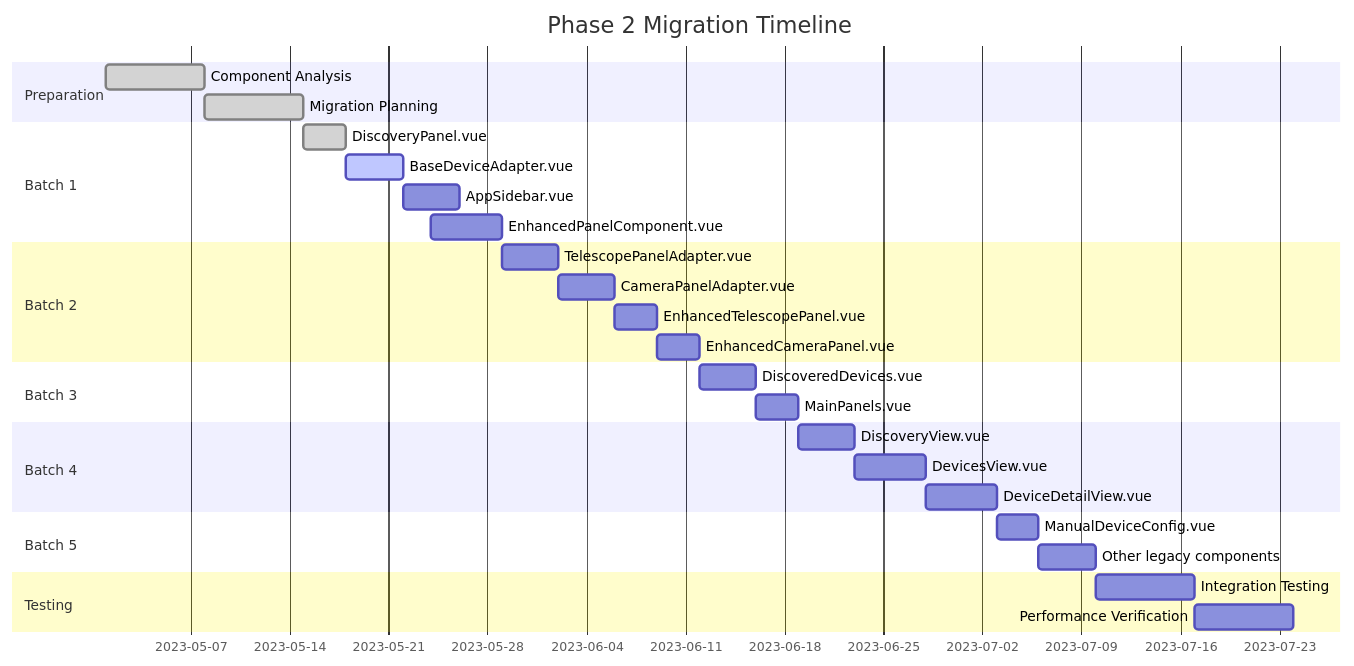
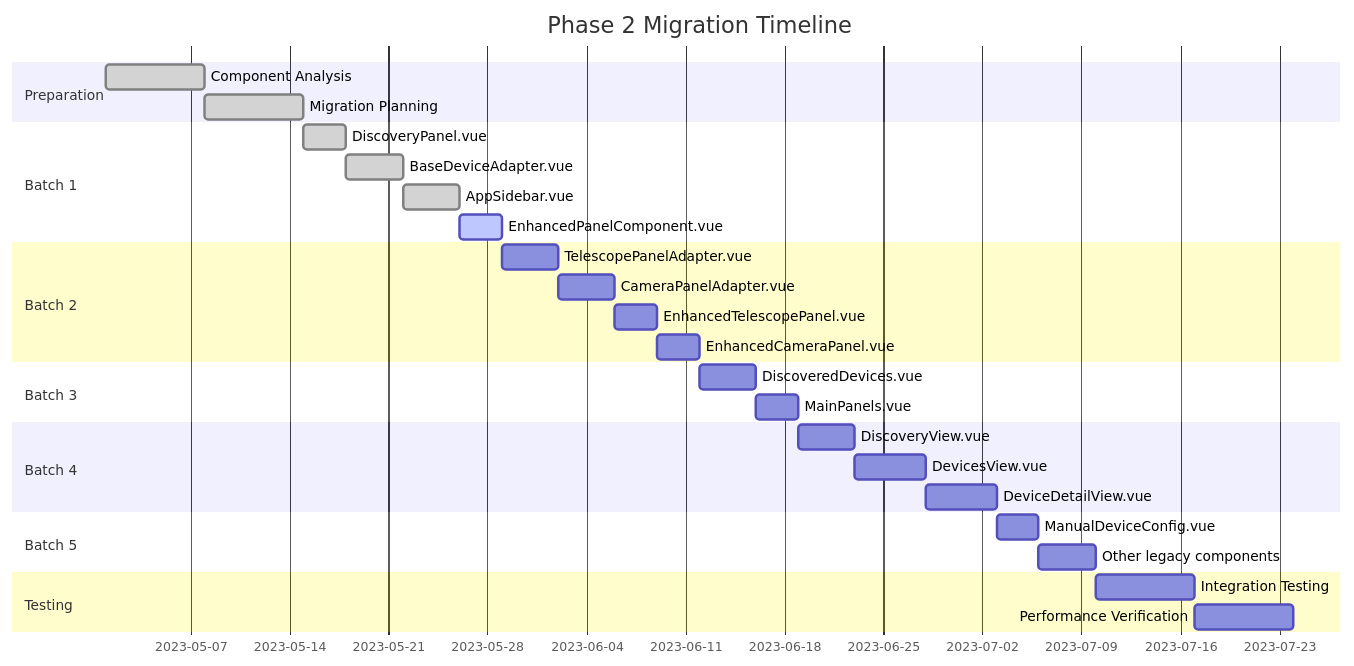
The diagram in phase2-migration-dashboard.md (ceterumnet/alpaca-web), drawn with Mermaid before and after one commit. The commit also changed other lines of this file and 5 other files, not shown here.

````diff
--- a/phase2-migration-dashboard.md
+++ b/phase2-migration-dashboard.md
@@ -61,31 +61,31 @@
 ```mermaid
 gantt
     title Phase 2 Migration Timeline
     dateFormat  YYYY-MM-DD
     section Preparation
     Component Analysis          :done, prep1, 2023-05-01, 7d
     Migration Planning          :done, prep2, 2023-05-08, 7d
     section Batch 1
     DiscoveryPanel.vue          :done, b1t1, 2023-05-15, 3d
-    BaseDeviceAdapter.vue       :active, b1t2, 2023-05-18, 4d
-    AppSidebar.vue              :b1t3, after b1t2, 4d
-    EnhancedPanelComponent.vue  :b1t4, 2023-05-24, 5d
+    BaseDeviceAdapter.vue       :done, b1t2, 2023-05-18, 4d
+    AppSidebar.vue              :done, b1t3, 2023-05-22, 4d
+    EnhancedPanelComponent.vue  :active, b1t4, 2023-05-26, 3d
     section Batch 2
     TelescopePanelAdapter.vue   :b2t1, 2023-05-29, 4d
     CameraPanelAdapter.vue      :b2t2, 2023-06-02, 4d
     EnhancedTelescopePanel.vue  :b2t3, 2023-06-06, 3d
     EnhancedCameraPanel.vue     :b2t4, 2023-06-09, 3d
     section Batch 3
     DiscoveredDevices.vue       :b3t1, 2023-06-12, 4d
     MainPanels.vue              :b3t2, 2023-06-16, 3d
     section Batch 4
     DiscoveryView.vue           :b4t1, 2023-06-19, 4d
     DevicesView.vue             :b4t2, 2023-06-23, 5d
     DeviceDetailView.vue        :b4t3, 2023-06-28, 5d
     section Batch 5
     ManualDeviceConfig.vue      :b5t1, 2023-07-03, 3d
     Other legacy components     :b5t2, 2023-07-06, 4d
     section Testing
     Integration Testing         :test1, 2023-07-10, 7d
     Performance Verification    :test2, 2023-07-17, 7d
 ```
````
